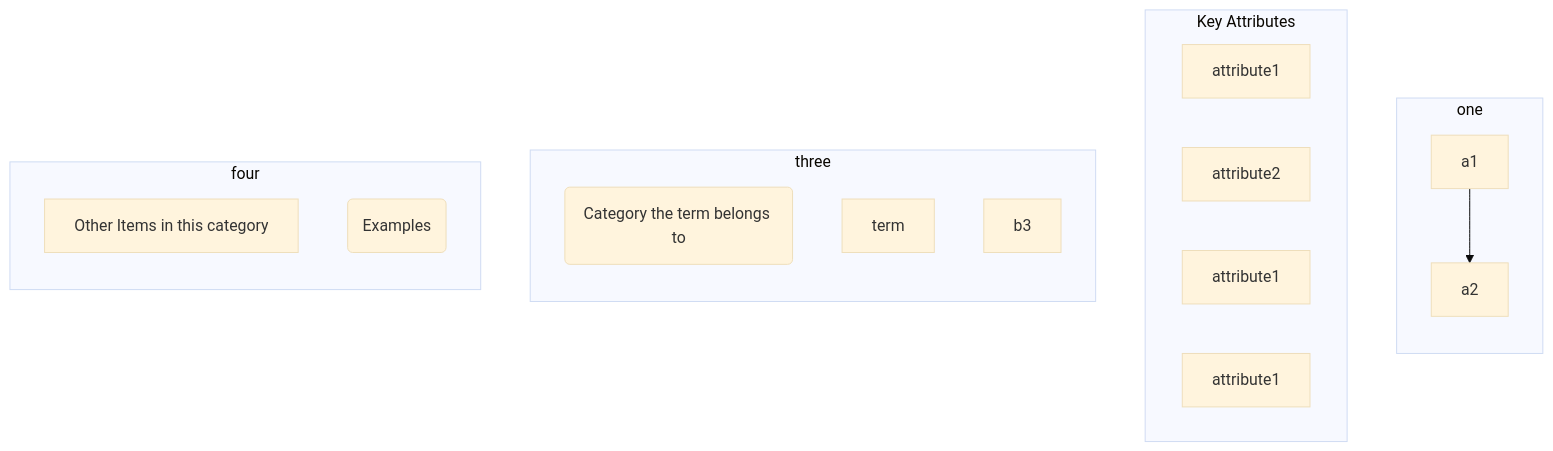
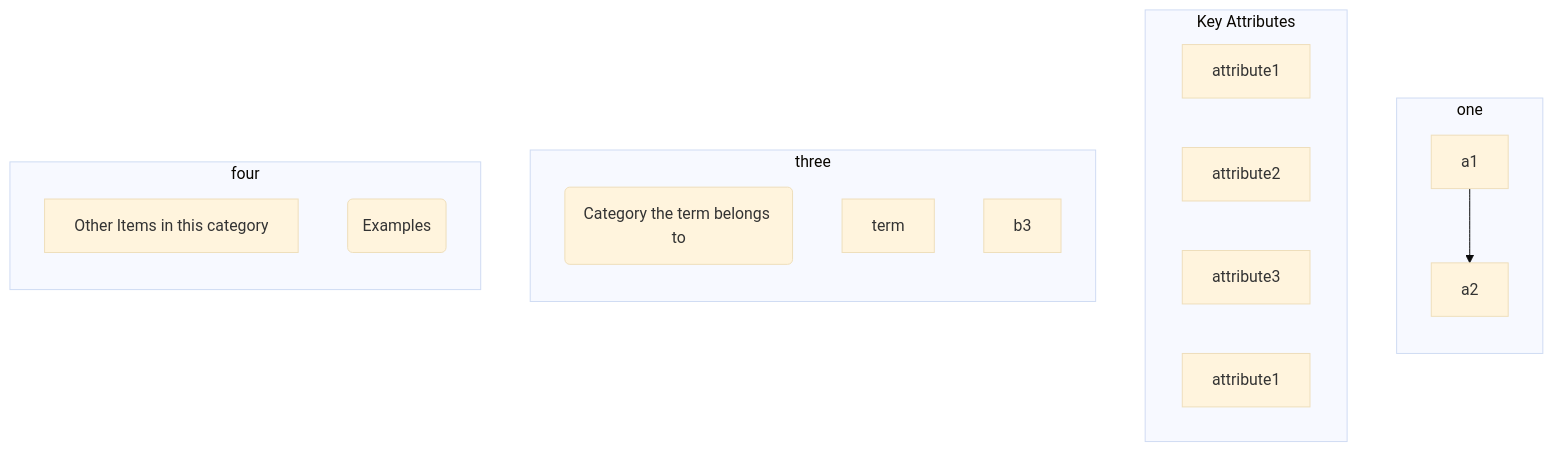
Before and after one commit to gerbssusd/dok: the diagram in slides.md, drawn with Mermaid (base theme).

````diff
--- a/slides.md
+++ b/slides.md
@@ -217,30 +217,30 @@
 ```mermaid
 flowchart TB
     subgraph one 
      direction TB
     a1-->a2
      end
     subgraph Key Attributes
      d1[attribute1]
      d2[attribute2]
-     d3[attribute1]
+     d3[attribute3]
      d4[attribute1]
      end
     subgraph three
       direction TB
         b1(Category the term belongs to)
         b2[term]
         b3 
         end
     subgraph four
       direction TB
     c1[Other Items in this category] 
     c2(Examples)
     end
 
 
 
 
 
 
 ```
````
